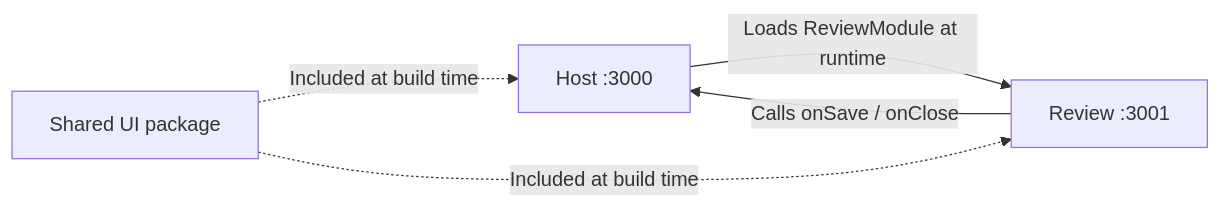
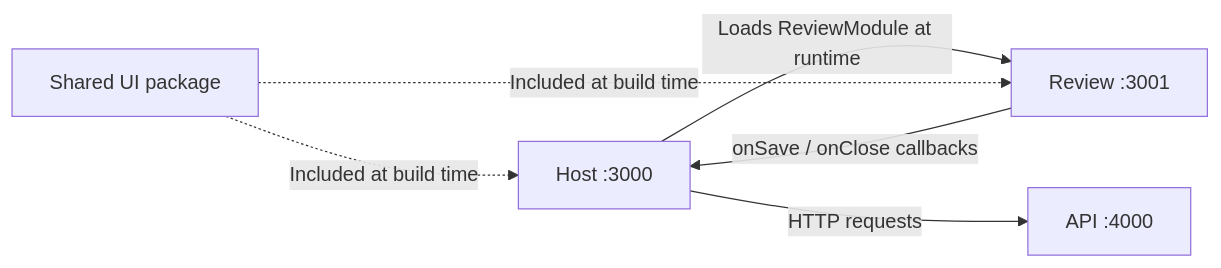
Before and after one commit to Reactoring/Ordo: the diagram in README.md, drawn with Mermaid. The commit also changed other lines of this file, not shown here.

Commit message:
Clarify architecture and document requests

````diff
--- a/README.md
+++ b/README.md
@@ -73,7 +50,8 @@
 ```mermaid
 flowchart LR
     Host["Host :3000"] -->|"Loads ReviewModule at runtime"| Review["Review :3001"]
-    Review -->|"Calls onSave / onClose"| Host
+    Review -->|"onSave / onClose callbacks"| Host
+    Host -->|"HTTP requests"| API["API :4000"]
     UI["Shared UI package"] -.->|"Included at build time"| Host
     UI -.->|"Included at build time"| Review
 ```
````
